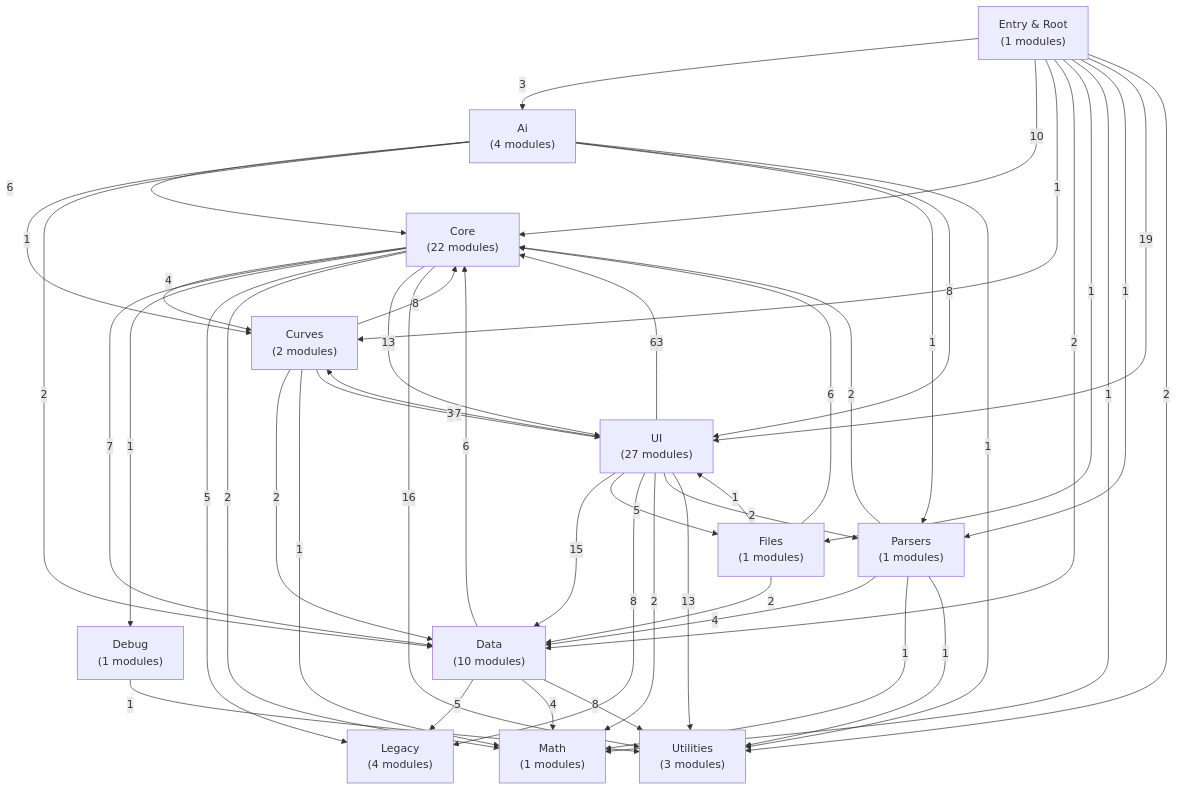
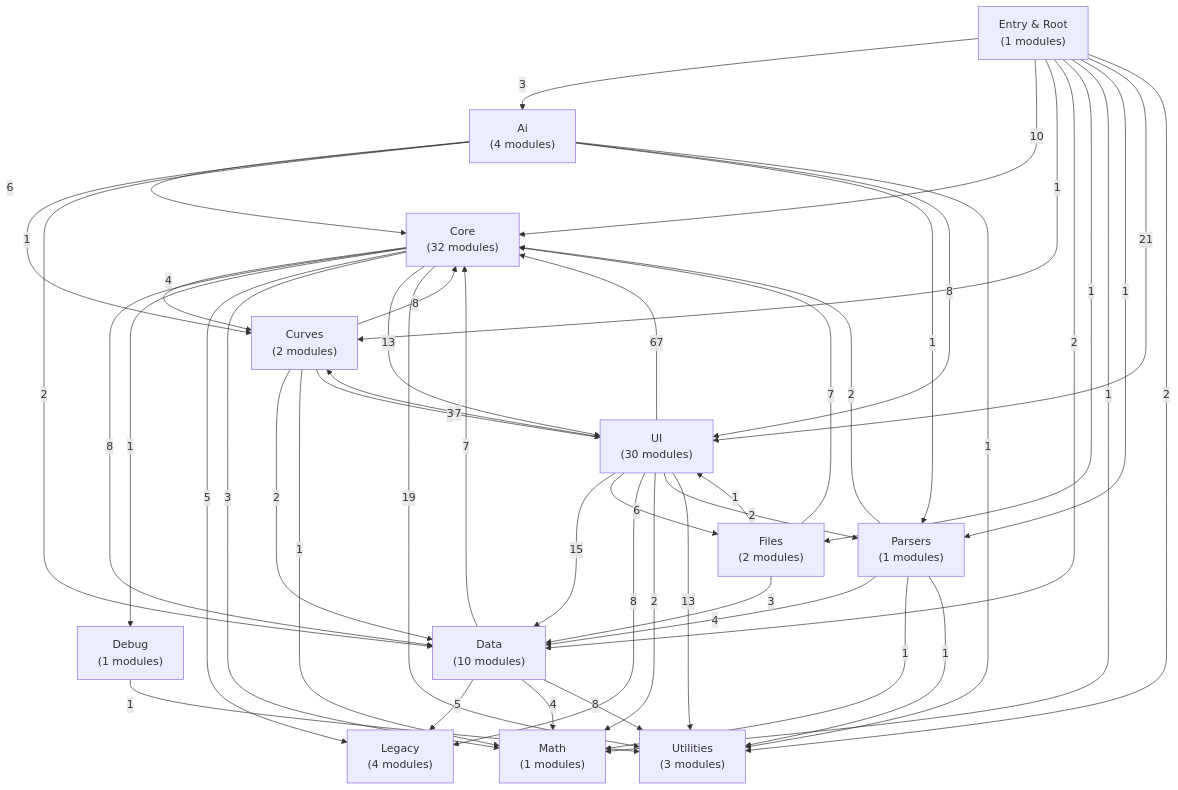
Before and after one commit to David-Marsh-Photo/quadGEN: the diagram in docs/architecture-map.md, drawn with Mermaid. The commit also changed other lines of this file and 12 other files, not shown here.

````diff
--- a/docs/architecture-map.md
+++ b/docs/architecture-map.md
@@ -7,61 +7,61 @@
 ```mermaid
 flowchart TD
   G_js_ai["Ai\n(4 modules)"]
-  G_js_core["Core\n(22 modules)"]
+  G_js_core["Core\n(32 modules)"]
   G_js_curves["Curves\n(2 modules)"]
   G_js_data["Data\n(10 modules)"]
   G_js_debug["Debug\n(1 modules)"]
-  G_js_files["Files\n(1 modules)"]
+  G_js_files["Files\n(2 modules)"]
   G_js_legacy["Legacy\n(4 modules)"]
   G_js_math["Math\n(1 modules)"]
   G_js_parsers["Parsers\n(1 modules)"]
-  G_js_ui["UI\n(27 modules)"]
+  G_js_ui["UI\n(30 modules)"]
   G_js_utils["Utilities\n(3 modules)"]
   G_src["Entry & Root\n(1 modules)"]
   G_js_ai -->|6| G_js_core
   G_js_ai -->|1| G_js_curves
   G_js_ai -->|2| G_js_data
   G_js_ai -->|1| G_js_parsers
   G_js_ai -->|8| G_js_ui
   G_js_ai -->|1| G_js_utils
   G_js_core -->|4| G_js_curves
-  G_js_core -->|7| G_js_data
+  G_js_core -->|8| G_js_data
   G_js_core -->|1| G_js_debug
   G_js_core -->|5| G_js_legacy
-  G_js_core -->|2| G_js_math
+  G_js_core -->|3| G_js_math
   G_js_core -->|13| G_js_ui
-  G_js_core -->|16| G_js_utils
+  G_js_core -->|19| G_js_utils
   G_js_curves -->|8| G_js_core
   G_js_curves -->|2| G_js_data
   G_js_curves -->|1| G_js_math
   G_js_curves -->|3| G_js_ui
-  G_js_data -->|6| G_js_core
+  G_js_data -->|7| G_js_core
   G_js_data -->|5| G_js_legacy
   G_js_data -->|4| G_js_math
   G_js_data -->|8| G_js_utils
   G_js_debug -->|1| G_js_utils
-  G_js_files -->|6| G_js_core
-  G_js_files -->|2| G_js_data
+  G_js_files -->|7| G_js_core
+  G_js_files -->|3| G_js_data
   G_js_files -->|1| G_js_ui
   G_js_parsers -->|2| G_js_core
   G_js_parsers -->|4| G_js_data
   G_js_parsers -->|1| G_js_math
   G_js_parsers -->|1| G_js_utils
-  G_js_ui -->|63| G_js_core
+  G_js_ui -->|67| G_js_core
   G_js_ui -->|7| G_js_curves
   G_js_ui -->|15| G_js_data
-  G_js_ui -->|5| G_js_files
+  G_js_ui -->|6| G_js_files
   G_js_ui -->|8| G_js_legacy
   G_js_ui -->|2| G_js_math
   G_js_ui -->|2| G_js_parsers
   G_js_ui -->|13| G_js_utils
   G_src -->|3| G_js_ai
   G_src -->|10| G_js_core
   G_src -->|1| G_js_curves
   G_src -->|2| G_js_data
   G_src -->|1| G_js_files
   G_src -->|1| G_js_math
   G_src -->|1| G_js_parsers
-  G_src -->|19| G_js_ui
+  G_src -->|21| G_js_ui
   G_src -->|2| G_js_utils
 ```
````
